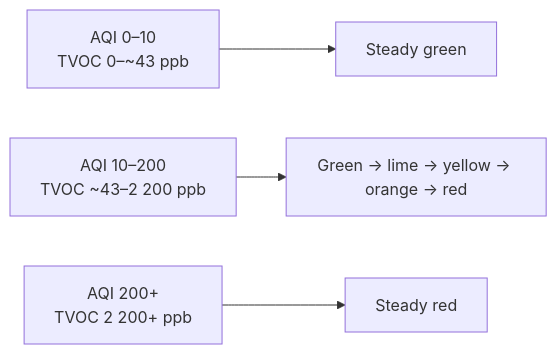
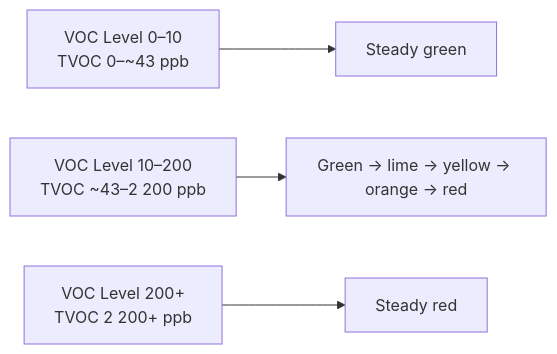
One commit to yehudawe/AirCube changed the diagram in README.md. Above: the diagram before and after it, drawn with Mermaid. The commit also changed other lines of this file and 17 other files, not shown here.

````diff
--- a/README.md
+++ b/README.md
@@ -157,6 +157,6 @@
 ```mermaid
 flowchart LR
-    A["AQI 0–10<br/>TVOC 0–~43 ppb"] --> G["Steady green"]
-    B["AQI 10–200<br/>TVOC ~43–2 200 ppb"] --> GR["Green → lime → yellow → orange → red"]
-    C["AQI 200+<br/>TVOC 2 200+ ppb"] --> R["Steady red"]
+    A["VOC Level 0–10<br/>TVOC 0–~43 ppb"] --> G["Steady green"]
+    B["VOC Level 10–200<br/>TVOC ~43–2 200 ppb"] --> GR["Green → lime → yellow → orange → red"]
+    C["VOC Level 200+<br/>TVOC 2 200+ ppb"] --> R["Steady red"]
 ```
````
